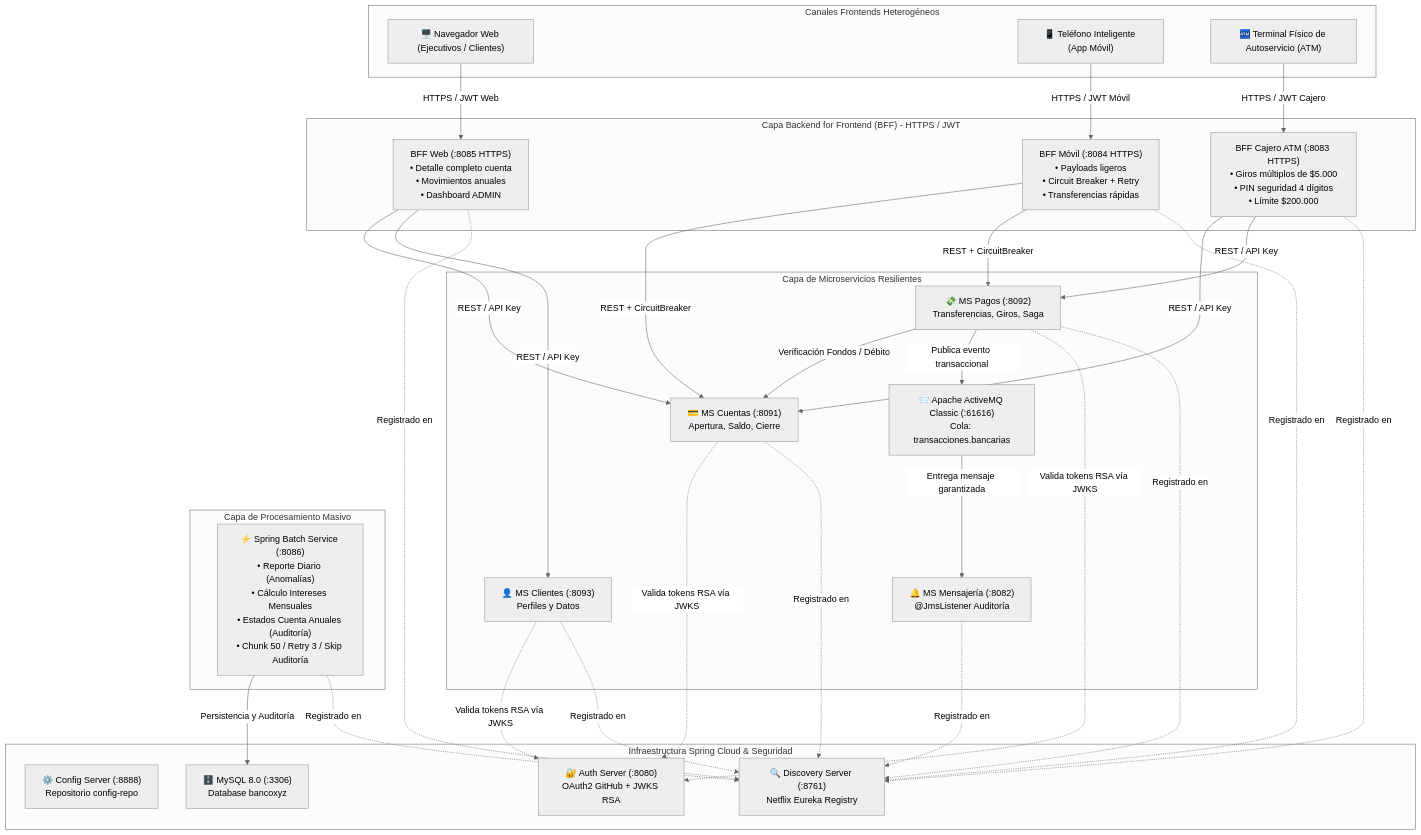
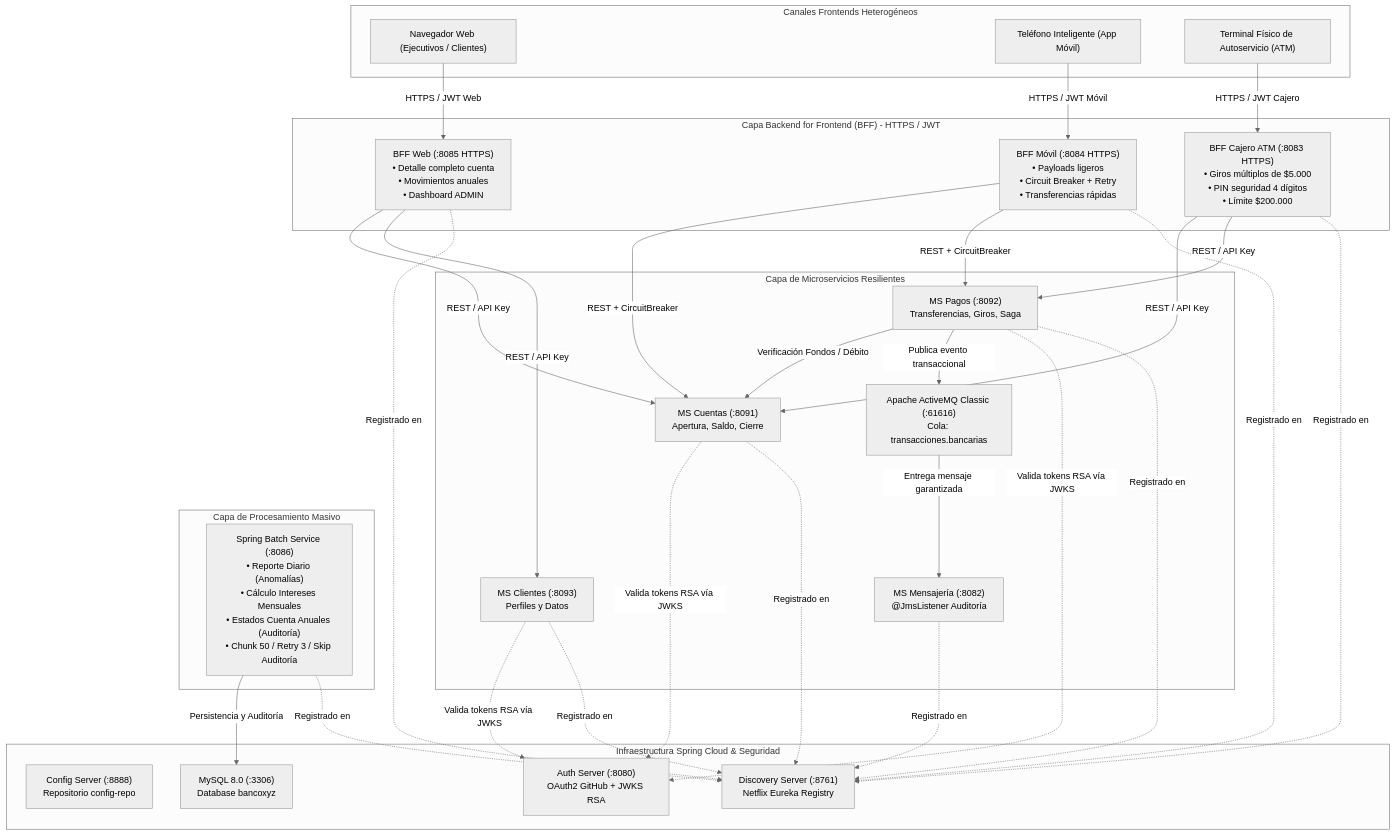
Before and after one commit to Starcrusher037/EFT_Banco_XYZ: the first of 2 diagrams in README.md, drawn with Mermaid (neutral theme). The commit also changed other lines of this file and 2 other files, not shown here.

Commit message:
actualizacion de reame y propuesta tecnica, se eliminan referencias a core service

````diff
--- a/README.md
+++ b/README.md
@@ -77,62 +75,62 @@
 ```mermaid
 flowchart TD
     subgraph Clientes ["Canales Frontends Heterogéneos"]
-        WebUser["🖥️ Navegador Web (Ejecutivos / Clientes)"]
-        MobileUser["📱 Teléfono Inteligente (App Móvil)"]
-        AtmUser["🏧 Terminal Físico de Autoservicio (ATM)"]
+        WebUser["Navegador Web (Ejecutivos / Clientes)"]
+        MobileUser["Teléfono Inteligente (App Móvil)"]
+        AtmUser["Terminal Físico de Autoservicio (ATM)"]
     end
 
     subgraph CapaBFF ["Capa Backend for Frontend (BFF) - HTTPS / JWT"]
         BffWeb["BFF Web (:8085 HTTPS)<br>• Detalle completo cuenta<br>• Movimientos anuales<br>• Dashboard ADMIN"]
         BffMovil["BFF Móvil (:8084 HTTPS)<br>• Payloads ligeros<br>• Circuit Breaker + Retry<br>• Transferencias rápidas"]
         BffCajero["BFF Cajero ATM (:8083 HTTPS)<br>• Giros múltiplos de $5.000<br>• PIN seguridad 4 dígitos<br>• Límite $200.000"]
     end
 
     subgraph InfraEcosistema ["Infraestructura Spring Cloud & Seguridad"]
-        ConfigServer["⚙️ Config Server (:8888)<br>Repositorio config-repo"]
-        Eureka["🔍 Discovery Server (:8761)<br>Netflix Eureka Registry"]
-        AuthServer["🔐 Auth Server (:8080)<br>OAuth2 GitHub + JWKS RSA"]
-        MySQL["🗄️ MySQL 8.0 (:3306)<br>Database bancoxyz"]
+        ConfigServer["Config Server (:8888)<br>Repositorio config-repo"]
+        Eureka["Discovery Server (:8761)<br>Netflix Eureka Registry"]
+        AuthServer["Auth Server (:8080)<br>OAuth2 GitHub + JWKS RSA"]
+        MySQL["MySQL 8.0 (:3306)<br>Database bancoxyz"]
     end
 
     subgraph NucleoTransaccional ["Capa de Microservicios Resilientes"]
-        MsCuentas["💳 MS Cuentas (:8091)<br>Apertura, Saldo, Cierre"]
-        MsPagos["💸 MS Pagos (:8092)<br>Transferencias, Giros, Saga"]
-        MsClientes["👤 MS Clientes (:8093)<br>Perfiles y Datos"]
-        ActiveMQ["📨 Apache ActiveMQ Classic (:61616)<br>Cola: transacciones.bancarias"]
-        MsMensajeria["🔔 MS Mensajería (:8082)<br>@JmsListener Auditoría"]
+        MsCuentas["MS Cuentas (:8091)<br>Apertura, Saldo, Cierre"]
+        MsPagos["MS Pagos (:8092)<br>Transferencias, Giros, Saga"]
+        MsClientes["MS Clientes (:8093)<br>Perfiles y Datos"]
+        ActiveMQ["Apache ActiveMQ Classic (:61616)<br>Cola: transacciones.bancarias"]
+        MsMensajeria["MS Mensajería (:8082)<br>@JmsListener Auditoría"]
     end
 
     subgraph ProcesamientoMasivo ["Capa de Procesamiento Masivo"]
-        BatchService["⚡ Spring Batch Service (:8086)<br>• Reporte Diario (Anomalías)<br>• Cálculo Intereses Mensuales<br>• Estados Cuenta Anuales (Auditoría)<br>• Chunk 50 / Retry 3 / Skip Auditoría"]
+        BatchService["Spring Batch Service (:8086)<br>• Reporte Diario (Anomalías)<br>• Cálculo Intereses Mensuales<br>• Estados Cuenta Anuales (Auditoría)<br>• Chunk 50 / Retry 3 / Skip Auditoría"]
     end
 
     WebUser -->|HTTPS / JWT Web| BffWeb
     MobileUser -->|HTTPS / JWT Móvil| BffMovil
     AtmUser -->|HTTPS / JWT Cajero| BffCajero
 
     BffWeb -->|REST / API Key| MsCuentas
     BffWeb -->|REST / API Key| MsClientes
     BffMovil -->|REST + CircuitBreaker| MsCuentas
     BffMovil -->|REST + CircuitBreaker| MsPagos
     BffCajero -->|REST / API Key| MsCuentas
     BffCajero -->|REST / API Key| MsPagos
 
     MsPagos -->|Verificación Fondos / Débito| MsCuentas
     MsPagos -->|Publica evento transaccional| ActiveMQ
     ActiveMQ -->|Entrega mensaje garantizada| MsMensajeria
 
     BatchService -->|Persistencia y Auditoría| MySQL
     MsCuentas -.->|Valida tokens RSA vía JWKS| AuthServer
     MsPagos -.->|Valida tokens RSA vía JWKS| AuthServer
     MsClientes -.->|Valida tokens RSA vía JWKS| AuthServer
 
     BffWeb -.->|Registrado en| Eureka
     BffMovil -.->|Registrado en| Eureka
     BffCajero -.->|Registrado en| Eureka
     MsCuentas -.->|Registrado en| Eureka
     MsPagos -.->|Registrado en| Eureka
     MsClientes -.->|Registrado en| Eureka
     MsMensajeria -.->|Registrado en| Eureka
     BatchService -.->|Registrado en| Eureka
 ```
````
